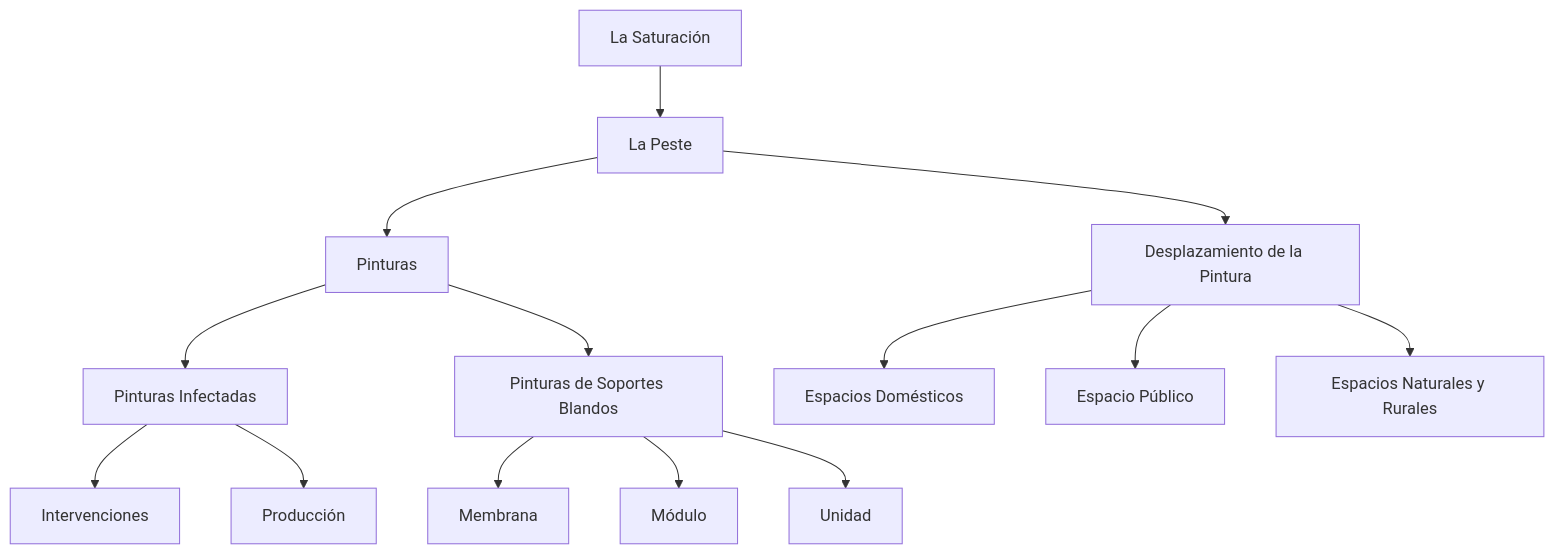
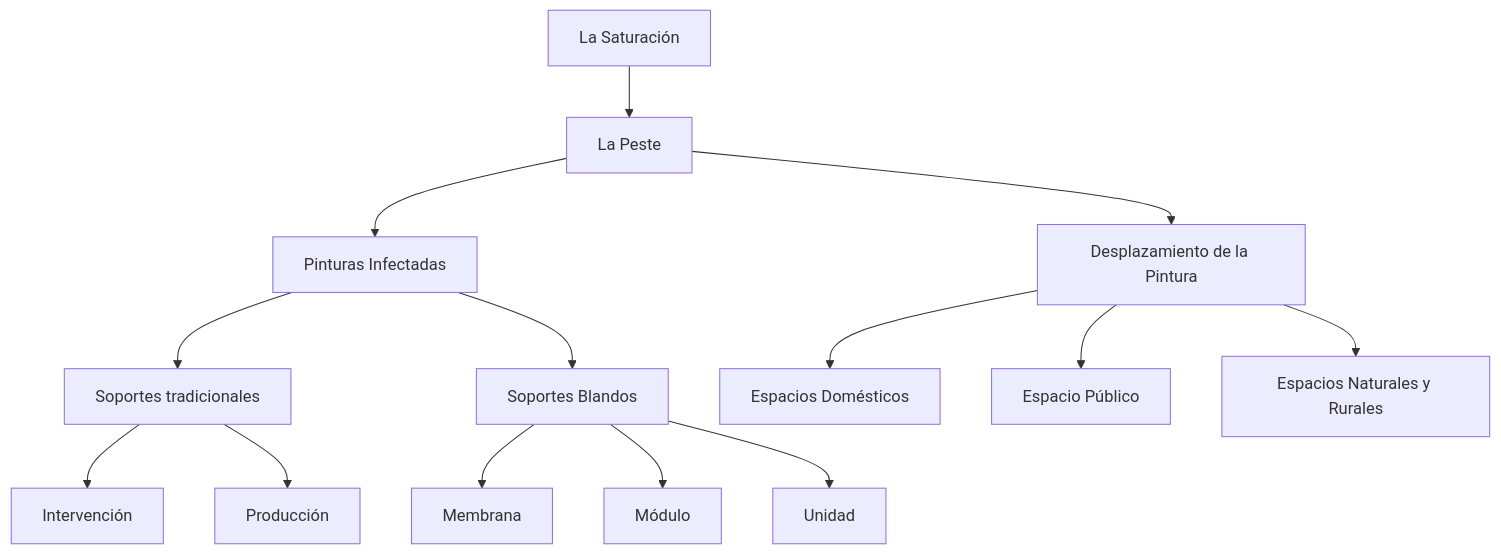
One commit to EGGS-Artesvisuales/EGGS-Artesvisuales.github.io changed the diagram in ES/la-peste.md. Above: the diagram before and after it, drawn with Mermaid. The commit also changed other lines of this file, not shown here.

```diff
--- a/ES/la-peste.md
+++ b/ES/la-peste.md
@@ -41,31 +39,31 @@
 <div class="mermaid">
 graph TD
   A[La Saturación] --> B[La Peste]
-  B --> C[Pinturas]
-  C --> D[Pinturas Infectadas]
-  D --> D1[Intervenciones]
+  B --> C[Pinturas Infectadas]
+  C --> D[Soportes tradicionales]
+  D --> D1[Intervención]
   D --> D2[Producción]
-  C --> E[Pinturas de Soportes Blandos]
+  C --> E[Soportes Blandos]
   E --> E1[Membrana]
   E --> E2[Módulo]
   E --> E3[Unidad]
   B --> F[Desplazamiento de la Pintura]
   F --> G[Espacios Domésticos]
   F --> H[Espacio Público]
   F --> I[Espacios Naturales y Rurales]
 
   click A "/es/saturacion.html"
   click B "/es/la-peste.html"
   click C "/es/la-peste-pinturas.html"
   click D "/es/pinturas-infectadas.html"
   click D1 "/es/intervenciones.html"
   click D2 "/es/produccion.html"
   click E "/es/soportes-blandos.html"
   click E1 "/es/membrana.html"
   click E2 "/es/modulo.html"
   click E3 "/es/unidad.html"
   click F "/es/desplazamiento-pintura.html"
   click G "/es/espacios-domesticos.html"
   click H "/es/espacio-publico.html"
   click I "/es/espacios-naturales.html"
 </div>
```
